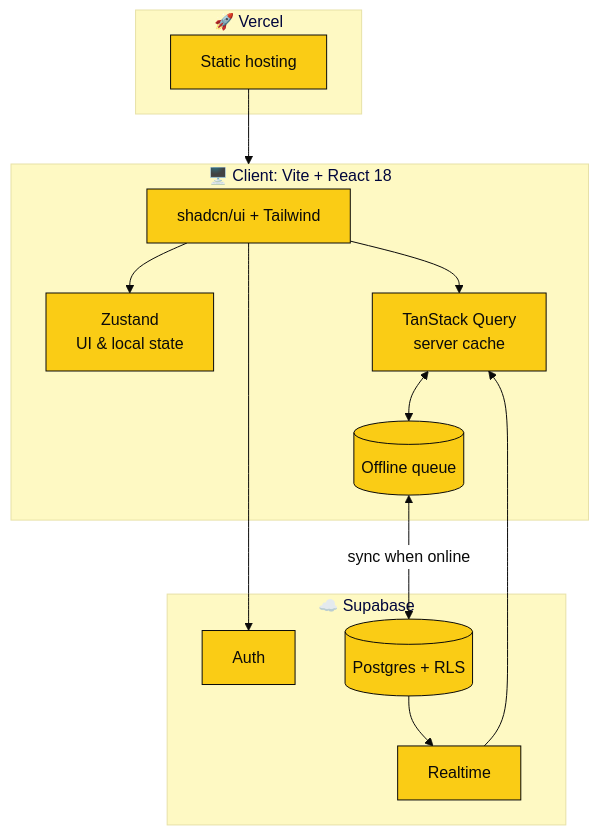
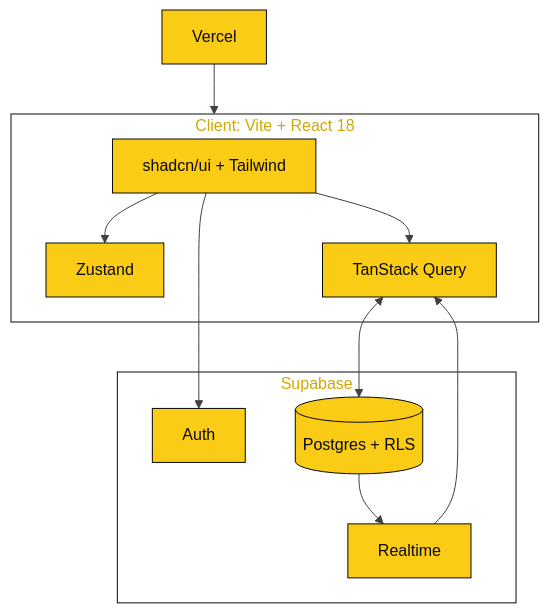
One commit to olitechs/olitechpmspos changed the fourth of 4 diagrams in README.md. Above: the diagram before and after it, drawn with Mermaid. The commit also changed other lines of this file, not shown here.

````diff
--- a/README.md
+++ b/README.md
@@ -193,25 +160,20 @@
 ```mermaid
-%%{init: {'theme':'base','themeVariables':{'primaryColor':'#FACC15','primaryTextColor':'#0A0A0A','primaryBorderColor':'#0A0A0A','lineColor':'#0A0A0A','secondaryColor':'#FFFFFF','tertiaryColor':'#FEF9C3','noteBkgColor':'#FEF9C3','noteTextColor':'#0A0A0A','actorBkg':'#FACC15','actorBorder':'#0A0A0A','actorTextColor':'#0A0A0A','signalColor':'#0A0A0A','signalTextColor':'#0A0A0A','fontFamily':'Inter, Segoe UI, Arial, sans-serif'}}}%%
+%%{init: {'theme':'base','themeVariables':{'primaryColor':'#FACC15','primaryTextColor':'#0A0A0A','primaryBorderColor':'#0A0A0A','lineColor':'#404040','clusterBkg':'#FFFFFF','clusterBorder':'#0A0A0A','fontFamily':'Inter, Segoe UI, Arial, sans-serif'}}}%%
 flowchart TB
-    subgraph Client["🖥️ Client: Vite + React 18"]
+    subgraph Client[Client: Vite + React 18]
         UI[shadcn/ui + Tailwind]
-        ZS[Zustand<br/>UI & local state]
-        TQ[TanStack Query<br/>server cache]
-        OFF[(Offline queue)]
+        ZS[Zustand]
+        TQ[TanStack Query]
     end
-    subgraph Supabase["☁️ Supabase"]
+    subgraph Backend[Supabase]
         AUTH[Auth]
         PG[(Postgres + RLS)]
         RT[Realtime]
     end
     UI --> ZS
     UI --> TQ
-    TQ <--> OFF
-    OFF <-->|sync when online| PG
+    TQ <--> PG
     UI --> AUTH
     PG --> RT --> TQ
-    subgraph Host["🚀 Vercel"]
-        CDN[Static hosting]
-    end
-    CDN --> Client
+    V[Vercel] --> Client
 ```
````
